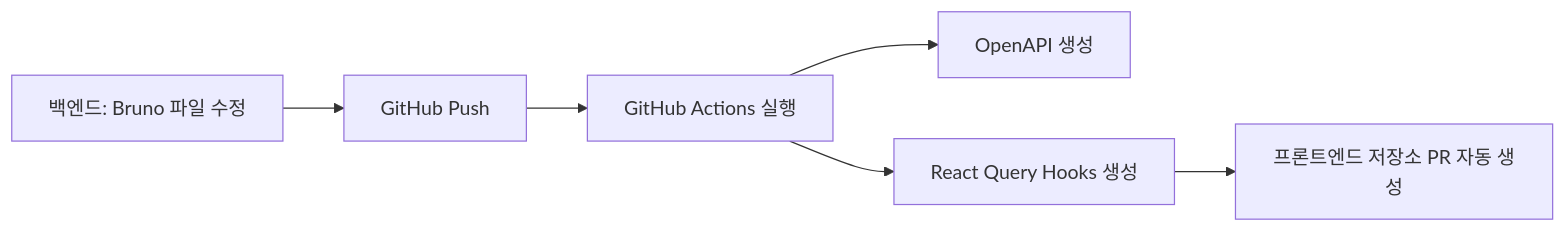
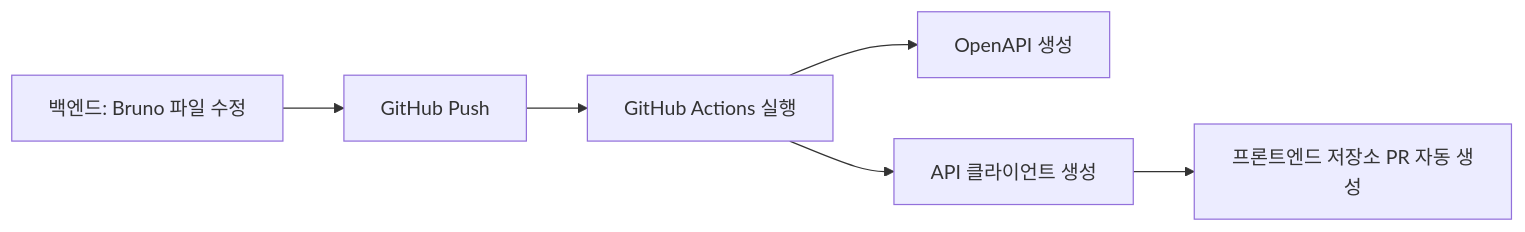
Before and after one commit to solid-connection/bruno-api-typescript: the diagram in README.md, drawn with Mermaid. The commit also changed other lines of this file and 20 other files, not shown here.

First line of the commit message:
feat: React Query 제거 및 API 정의 시스템 도입

````diff
--- a/README.md
+++ b/README.md
@@ -11,8 +11,8 @@
 ```mermaid
 graph LR
     A[백엔드: Bruno 파일 수정] --> B[GitHub Push]
     B --> C[GitHub Actions 실행]
     C --> D[OpenAPI 생성]
-    C --> E[React Query Hooks 생성]
+    C --> E[API 클라이언트 생성]
     E --> F[프론트엔드 저장소 PR 자동 생성]
 ```
````
